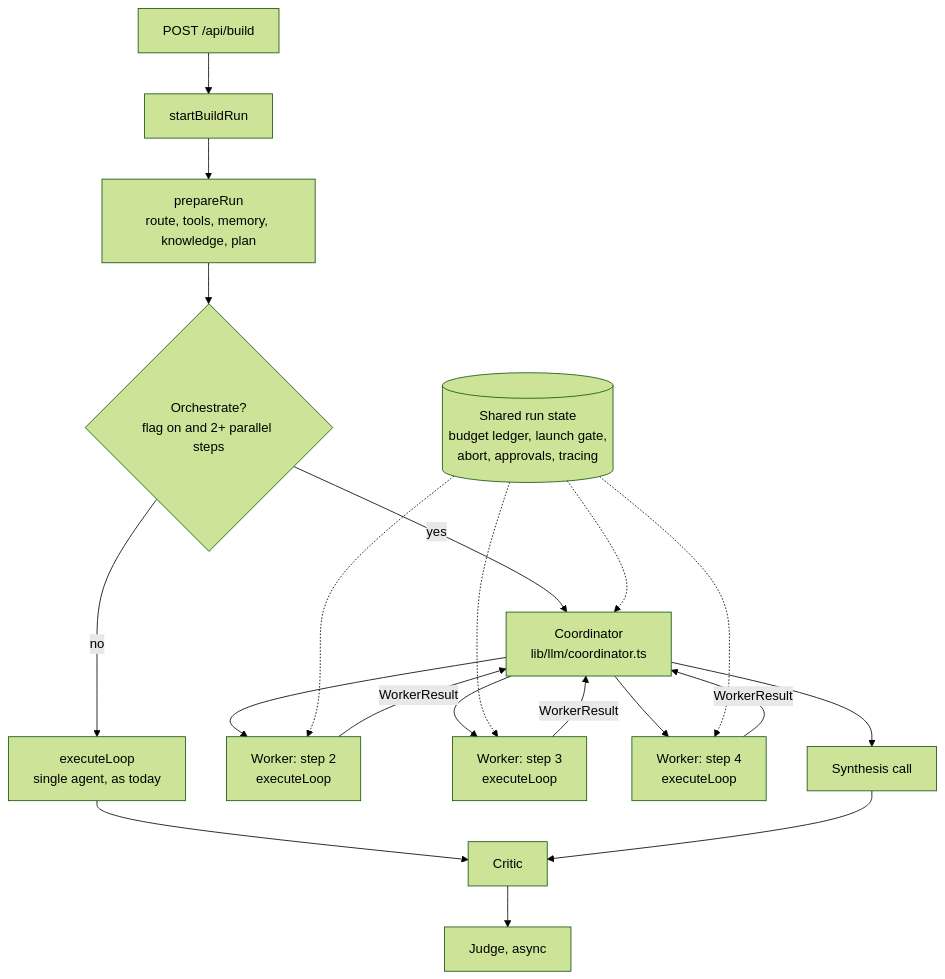
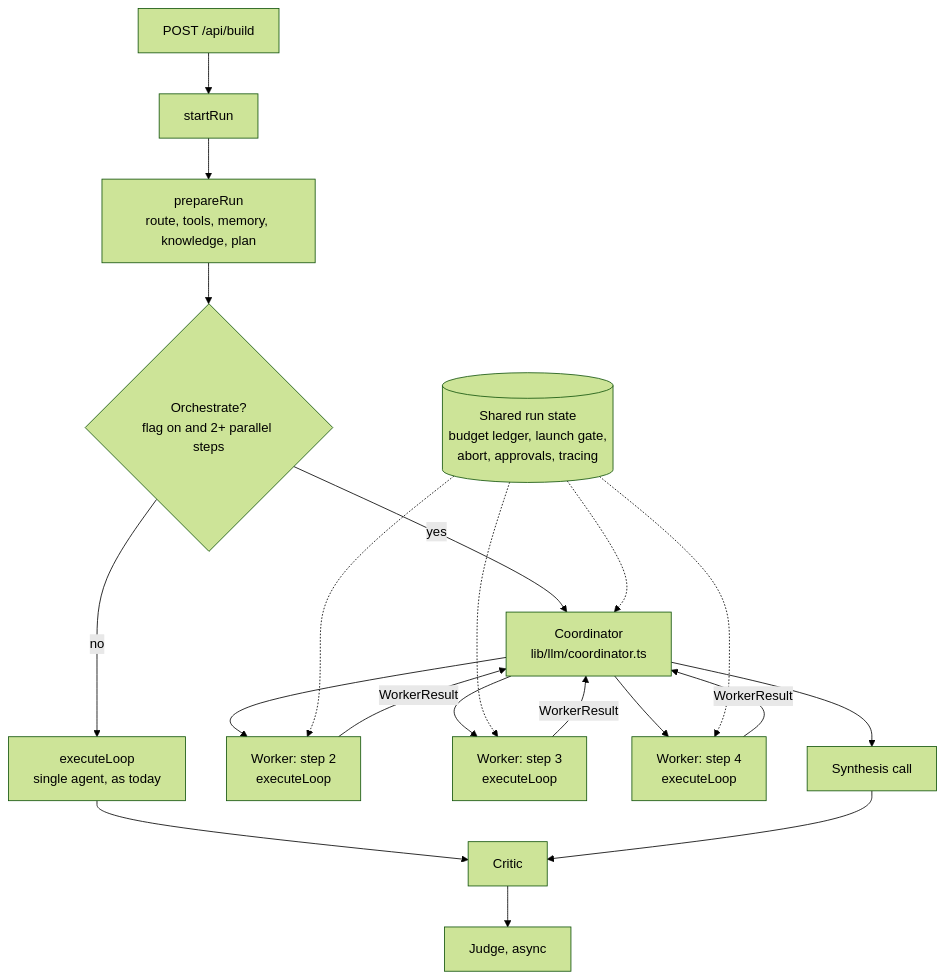
One commit to chaunceyplum/NEXT_HARNESS changed the second of 3 diagrams in .kiro/specs/orchestrator-workers/design.md. Above: the diagram before and after it, drawn with Mermaid (forest theme). The commit also changed other lines of this file and 25 other files, not shown here.

````diff
--- a/.kiro/specs/orchestrator-workers/design.md
+++ b/.kiro/specs/orchestrator-workers/design.md
@@ -37,22 +37,22 @@
 ```mermaid
 flowchart TD
-  A[POST /api/build] --> B[startBuildRun]
+  A[POST /api/build] --> B[startRun]
   B --> P[prepareRun<br/>route, tools, memory, knowledge, plan]
   P --> D{Orchestrate?<br/>flag on and 2+ parallel steps}
   D -- no --> E[executeLoop<br/>single agent, as today]
   D -- yes --> C[Coordinator<br/>lib/llm/coordinator.ts]
   C --> W1[Worker: step 2<br/>executeLoop]
   C --> W2[Worker: step 3<br/>executeLoop]
   C --> W3[Worker: step 4<br/>executeLoop]
   W1 -- WorkerResult --> C
   W2 -- WorkerResult --> C
   W3 -- WorkerResult --> C
   C --> Y[Synthesis call]
   E --> K[Critic]
   Y --> K
   K --> J[Judge, async]
   S[(Shared run state<br/>budget ledger, launch gate,<br/>abort, approvals, tracing)] -.-> C
   S -.-> W1
   S -.-> W2
   S -.-> W3
 ```
````
